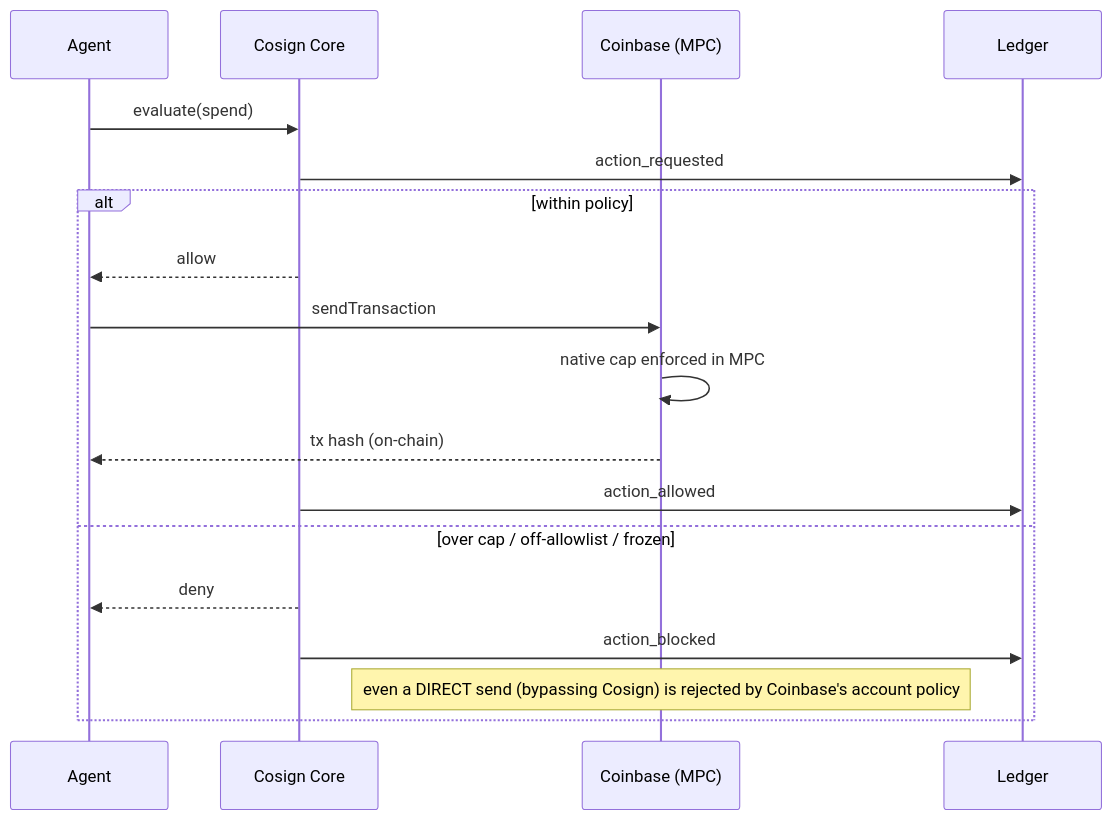
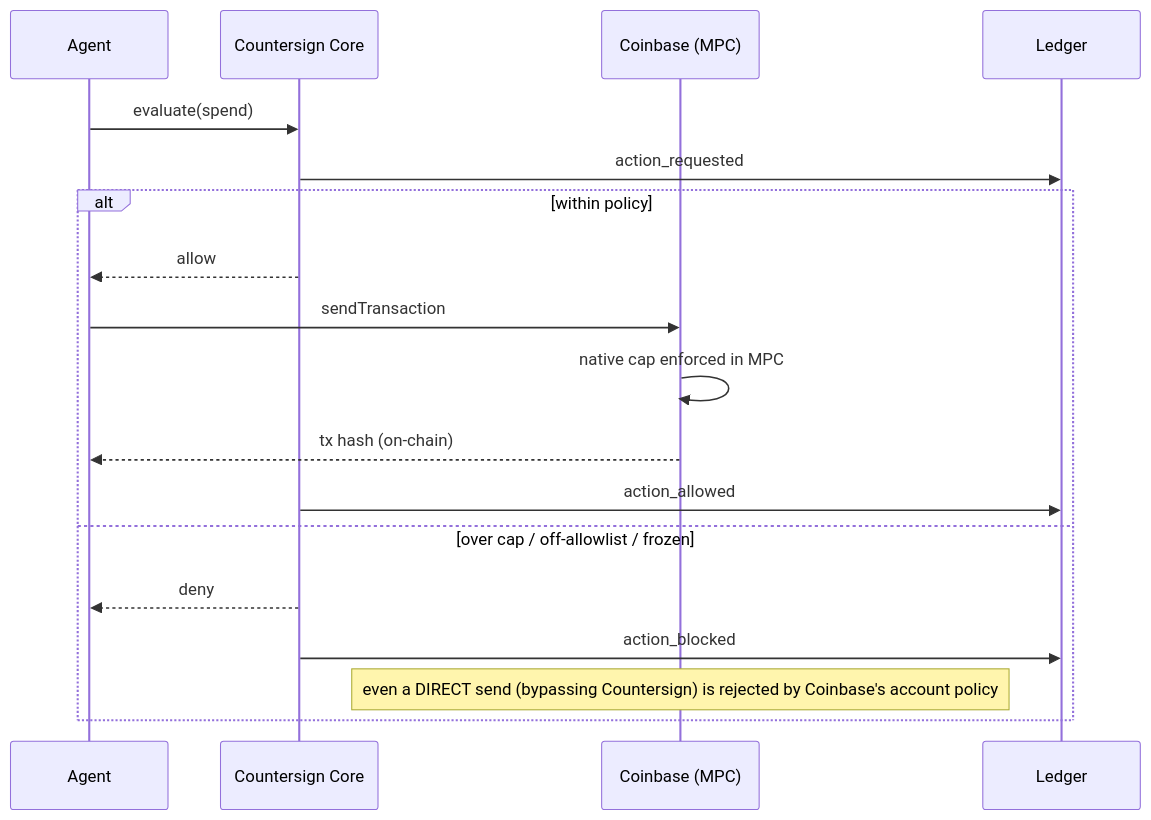
Before and after one commit to countersign-network/packages: the second of 3 diagrams in docs/architecture.md, drawn with Mermaid. The commit also changed other lines of this file and 95 other files, not shown here.

First line of the commit message:
Rebrand: cosign → countersign (packages, env, infra, docs)

````diff
--- a/docs/architecture.md
+++ b/docs/architecture.md
@@ -53,20 +53,20 @@
 ```mermaid
 sequenceDiagram
   participant A as Agent
-  participant C as Cosign Core
+  participant C as Countersign Core
   participant V as Coinbase (MPC)
   participant L as Ledger
   A->>C: evaluate(spend)
   C->>L: action_requested
   alt within policy
     C-->>A: allow
     A->>V: sendTransaction
     V->>V: native cap enforced in MPC
     V-->>A: tx hash (on-chain)
     C->>L: action_allowed
   else over cap / off-allowlist / frozen
     C-->>A: deny
     C->>L: action_blocked
-    Note over V: even a DIRECT send (bypassing Cosign) is rejected by Coinbase's account policy
+    Note over V: even a DIRECT send (bypassing Countersign) is rejected by Coinbase's account policy
   end
 ```
````
